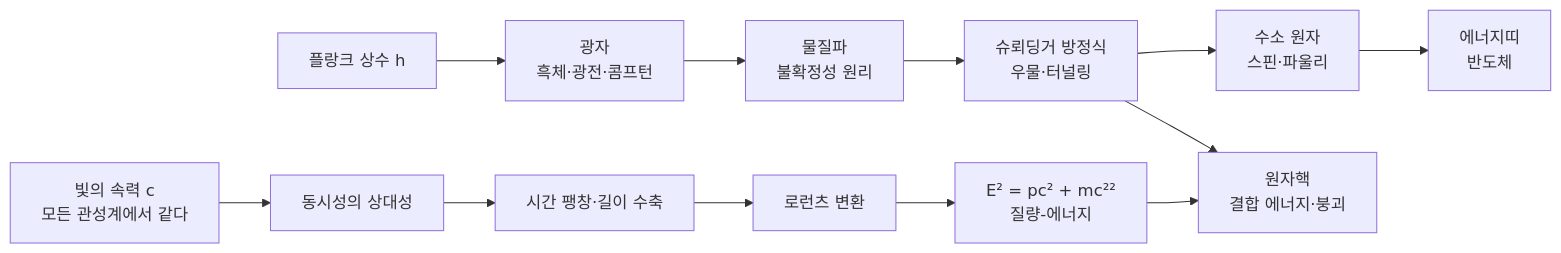
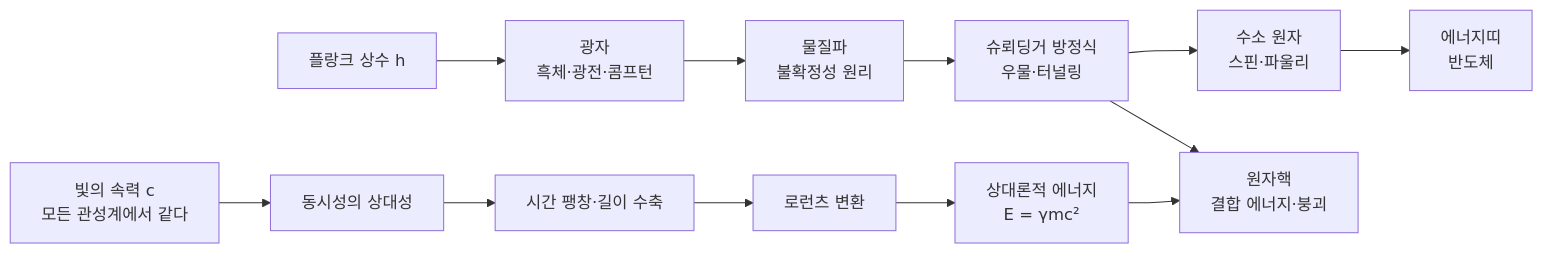
The diagram in 대학_일반과학/일반물리학/uphy-12_현대_물리.md (EricKOR1/sciencebook), drawn with Mermaid before and after one commit.

Commit message:
대학 일반 과학 집필·검토 중간 저장
Claude-Session: https://claude.ai/code/session_01AkwpGTzkgDbjbocjQu2QXd

````diff
--- a/대학_일반과학/일반물리학/uphy-12_현대_물리.md
+++ b/대학_일반과학/일반물리학/uphy-12_현대_물리.md
@@ -42,14 +42,14 @@
 ```mermaid
 flowchart LR
     A["빛의 속력 c<br/>모든 관성계에서 같다"] --> B["동시성의 상대성"]
     B --> C["시간 팽창·길이 수축"]
     C --> D["로런츠 변환"]
-    D --> E["E² = pc² + mc²²<br/>질량-에너지"]
+    D --> E["상대론적 에너지<br/>E = γmc²"]
     F["플랑크 상수 h"] --> G["광자<br/>흑체·광전·콤프턴"]
     G --> H["물질파<br/>불확정성 원리"]
     H --> I["슈뢰딩거 방정식<br/>우물·터널링"]
     I --> J["수소 원자<br/>스핀·파울리"]
     J --> K["에너지띠<br/>반도체"]
     E --> L["원자핵<br/>결합 에너지·붕괴"]
     I --> L
 ```
````
